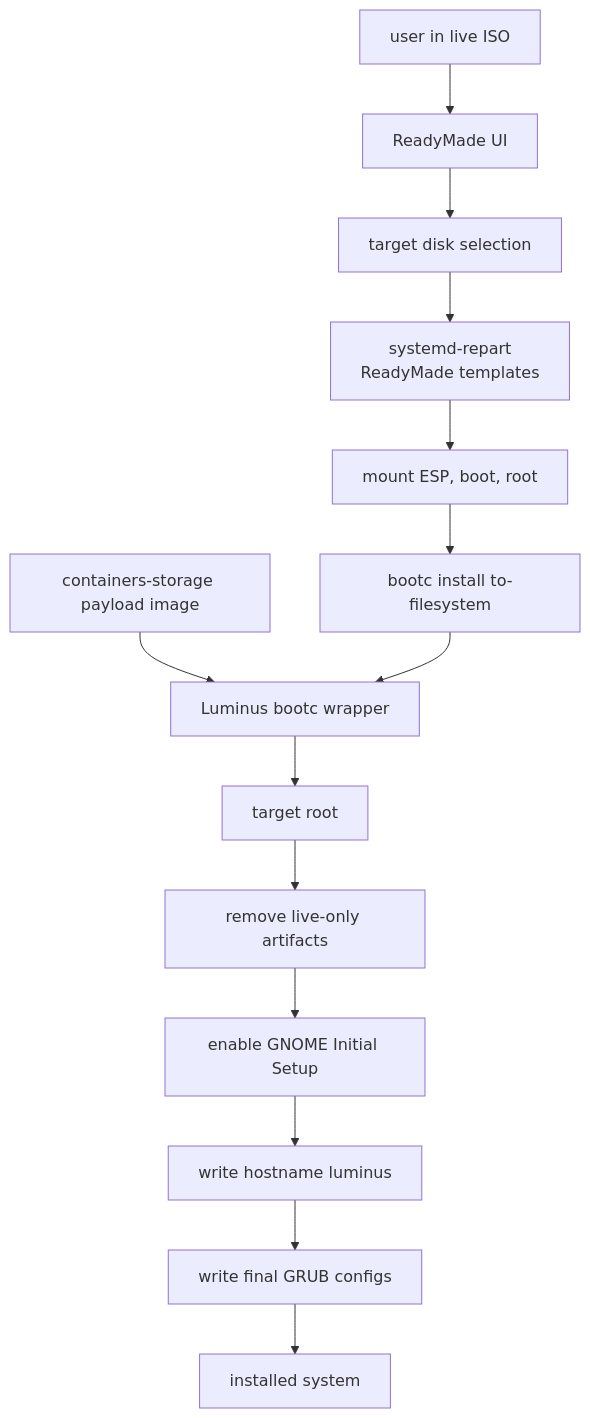
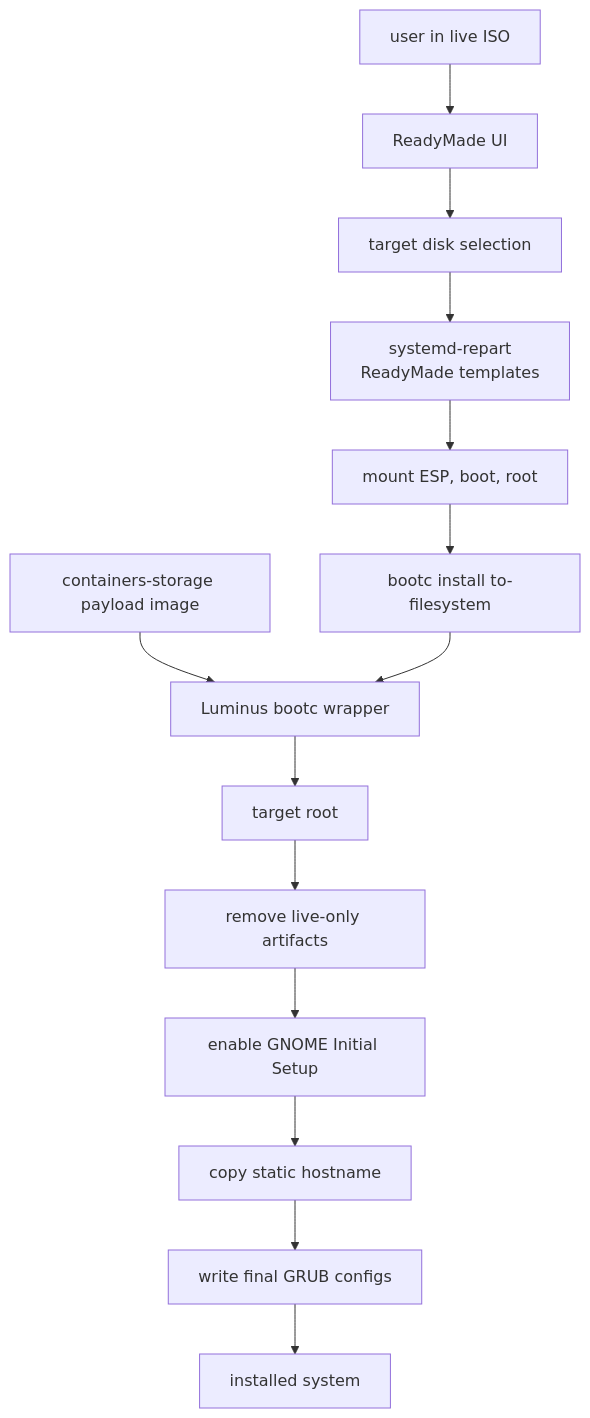
The seventh of 15 diagrams in ARCHITECTURE.md (luminusOS/images), drawn with Mermaid before and after one commit. The commit also changed other lines of this file and 23 other files, not shown here.

````diff
--- a/ARCHITECTURE.md
+++ b/ARCHITECTURE.md
@@ -389,21 +403,21 @@
 ```mermaid
 flowchart TD
     User["user in live ISO"]
     ReadyMadeUI["ReadyMade UI"]
     Disk["target disk selection"]
     Repart["systemd-repart<br/>ReadyMade templates"]
     Mounts["mount ESP, boot, root"]
     BootcInstall["bootc install to-filesystem"]
     BootcWrapper["Luminus bootc wrapper"]
     Payload["containers-storage payload image"]
     TargetRoot["target root"]
     Cleanup["remove live-only artifacts"]
     InitialSetup["enable GNOME Initial Setup"]
-    Hostname["write hostname luminus"]
+    Hostname["copy static hostname"]
     Grub["write final GRUB configs"]
     Done["installed system"]
 
     User --> ReadyMadeUI --> Disk --> Repart --> Mounts --> BootcInstall
     Payload --> BootcWrapper
     BootcInstall --> BootcWrapper --> TargetRoot --> Cleanup --> InitialSetup --> Hostname --> Grub --> Done
 ```
````
